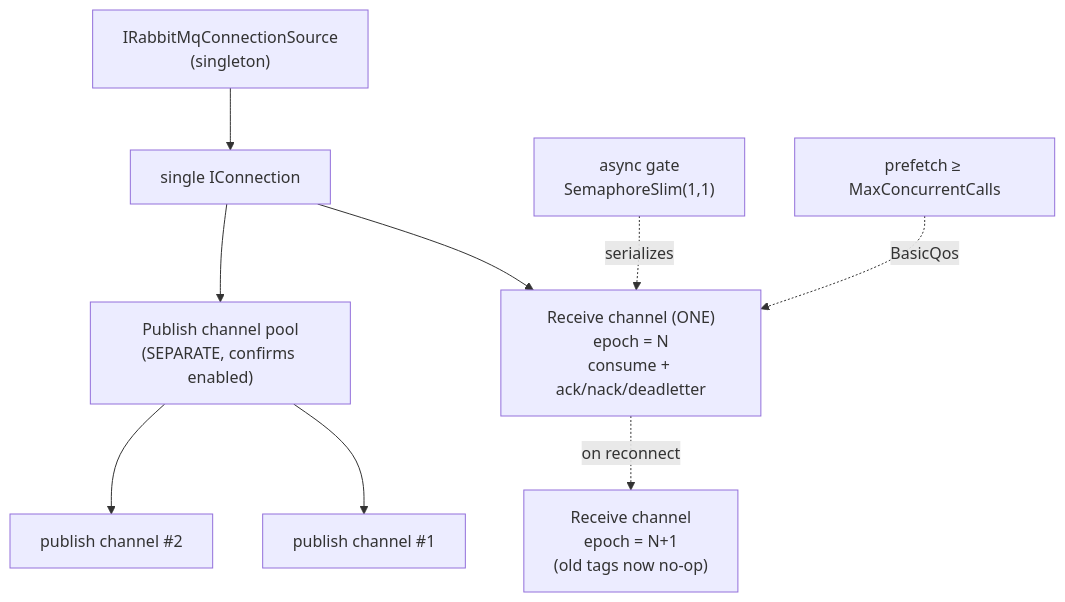
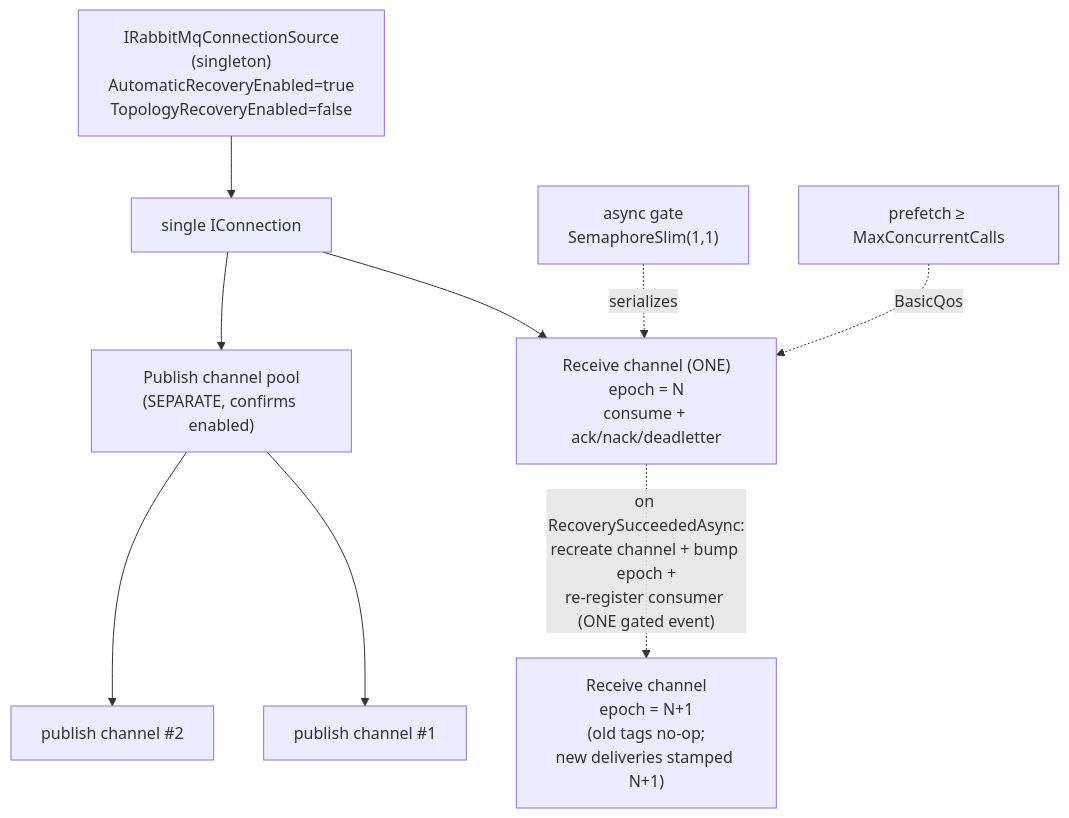
The third of 6 diagrams in docs/design/rabbitmq-adapter.md (brenpike/Chatter), drawn with Mermaid before and after one commit. The commit also changed other lines of this file and 3 other files, not shown here.

Commit message:
test(messagebrokers/rabbitmq): assert post-recovery settlement; document epoch lifecycle in ADR 0002

````diff
--- a/docs/design/rabbitmq-adapter.md
+++ b/docs/design/rabbitmq-adapter.md
@@ -192,15 +208,15 @@
 ```mermaid
 flowchart TB
-    Conn["IRabbitMqConnectionSource<br/>(singleton)"] --> IConn["single IConnection"]
+    Conn["IRabbitMqConnectionSource<br/>(singleton)<br/>AutomaticRecoveryEnabled=true<br/>TopologyRecoveryEnabled=false"] --> IConn["single IConnection"]
 
     IConn --> RecvCh["Receive channel (ONE)<br/>epoch = N<br/>consume + ack/nack/deadletter"]
     IConn --> Pool["Publish channel pool<br/>(SEPARATE, confirms enabled)"]
 
     Gate["async gate<br/>SemaphoreSlim(1,1)"] -. serializes .-> RecvCh
     Qos["prefetch ≥ MaxConcurrentCalls"] -. BasicQos .-> RecvCh
 
     Pool --> P1["publish channel #1"]
     Pool --> P2["publish channel #2"]
 
-    RecvCh -. on reconnect .-> RecvCh2["Receive channel<br/>epoch = N+1<br/>(old tags now no-op)"]
+    RecvCh -. "on RecoverySucceededAsync:<br/>recreate channel + bump epoch +<br/>re-register consumer (ONE gated event)" .-> RecvCh2["Receive channel<br/>epoch = N+1<br/>(old tags no-op;<br/>new deliveries stamped N+1)"]
 ```
````
